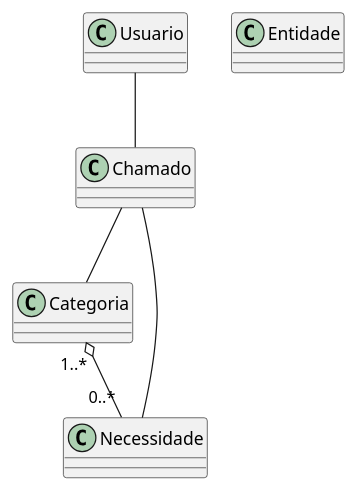
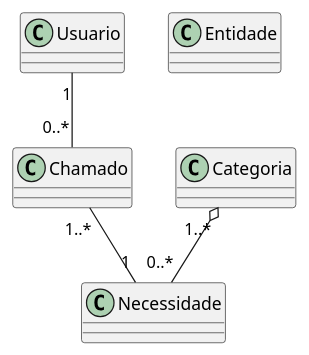
Before and after one commit to mihailov-vf/siscourb: the diagram in docs/UML/classes_entidade.puml, drawn with PlantUML. The commit also changed 3 other files, not shown here.

Commit message:
Adição de casos de usos parciais de registro de chamados e pequenas alterações no modelo UML

```diff
--- a/docs/UML/classes_entidade.puml
+++ b/docs/UML/classes_entidade.puml
@@ -1,14 +1,13 @@
 @startuml
 class Usuario
 class Entidade
 class Categoria
 class Necessidade
 class Chamado
 
 Categoria "1..*" o-- "0..*" Necessidade
 
-Usuario -- Chamado
-Chamado -- Categoria
-Chamado -- Necessidade
+Usuario "1" -- "0..*" Chamado
+Chamado "1..*"  -- "1" Necessidade
 
 @enduml
```
